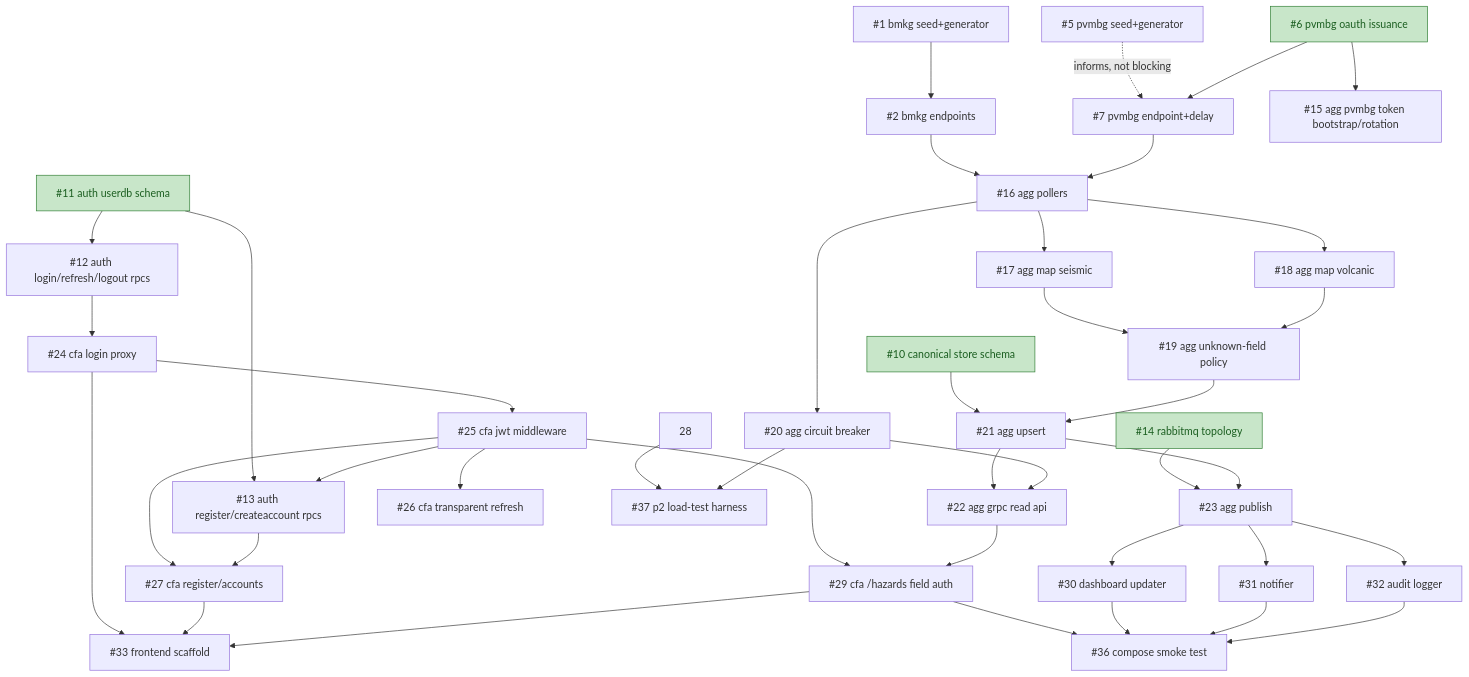
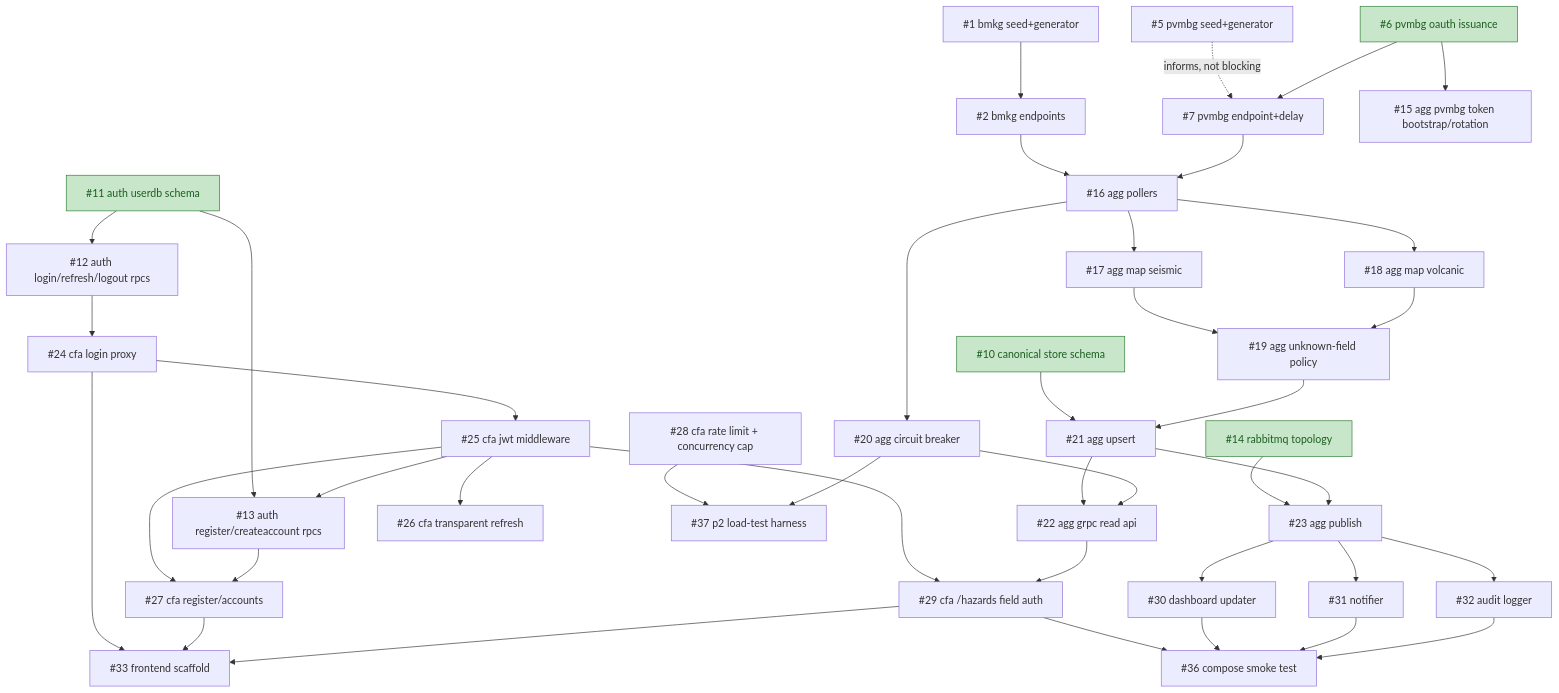
The diagram in doc/BACKLOG_DEPENDENCIES.md (brii26/distributed-hazard-coordination), drawn with Mermaid before and after one commit.

Commit message:
docs(backlog): label node 28 in the graph

````diff
--- a/doc/BACKLOG_DEPENDENCIES.md
+++ b/doc/BACKLOG_DEPENDENCIES.md
@@ -28,55 +28,55 @@
 ```mermaid
 graph TD
   1["#1 bmkg seed+generator"] --> 2["#2 bmkg endpoints"]
   5["#5 pvmbg seed+generator"] -.->|informs, not blocking| 7
 
   6["#6 pvmbg oauth issuance"] --> 15["#15 agg pvmbg token bootstrap/rotation"]
   6 --> 7["#7 pvmbg endpoint+delay"]
 
   2 --> 16["#16 agg pollers"]
   7 --> 16
   16 --> 17["#17 agg map seismic"]
   16 --> 18["#18 agg map volcanic"]
   16 --> 20["#20 agg circuit breaker"]
   17 --> 19["#19 agg unknown-field policy"]
   18 --> 19
 
   10["#10 canonical store schema"] --> 21["#21 agg upsert"]
   19 --> 21
   21 --> 22["#22 agg grpc read api"]
   20 --> 22
 
   14["#14 rabbitmq topology"] --> 23["#23 agg publish"]
   21 --> 23
 
   11["#11 auth userdb schema"] --> 12["#12 auth login/refresh/logout rpcs"]
   11 --> 13["#13 auth register/createaccount rpcs"]
 
   12 --> 24["#24 cfa login proxy"]
   24 --> 25["#25 cfa jwt middleware"]
   25 --> 26["#26 cfa transparent refresh"]
   25 --> 13
   25 --> 27["#27 cfa register/accounts"]
   13 --> 27
   25 --> 29["#29 cfa /hazards field auth"]
   22 --> 29
 
   23 --> 30["#30 dashboard updater"]
   23 --> 31["#31 notifier"]
   23 --> 32["#32 audit logger"]
 
   24 --> 33["#33 frontend scaffold"]
   27 --> 33
   29 --> 33
 
   29 --> 36["#36 compose smoke test"]
   30 --> 36
   31 --> 36
   32 --> 36
 
-  28 --> 37["#37 p2 load-test harness"]
+  28["#28 cfa rate limit + concurrency cap"] --> 37["#37 p2 load-test harness"]
   20 --> 37
 
   classDef done fill:#c8e6c9,stroke:#2e7d32,color:#1b5e20
   class 6,10,11,14 done
 ```
````
